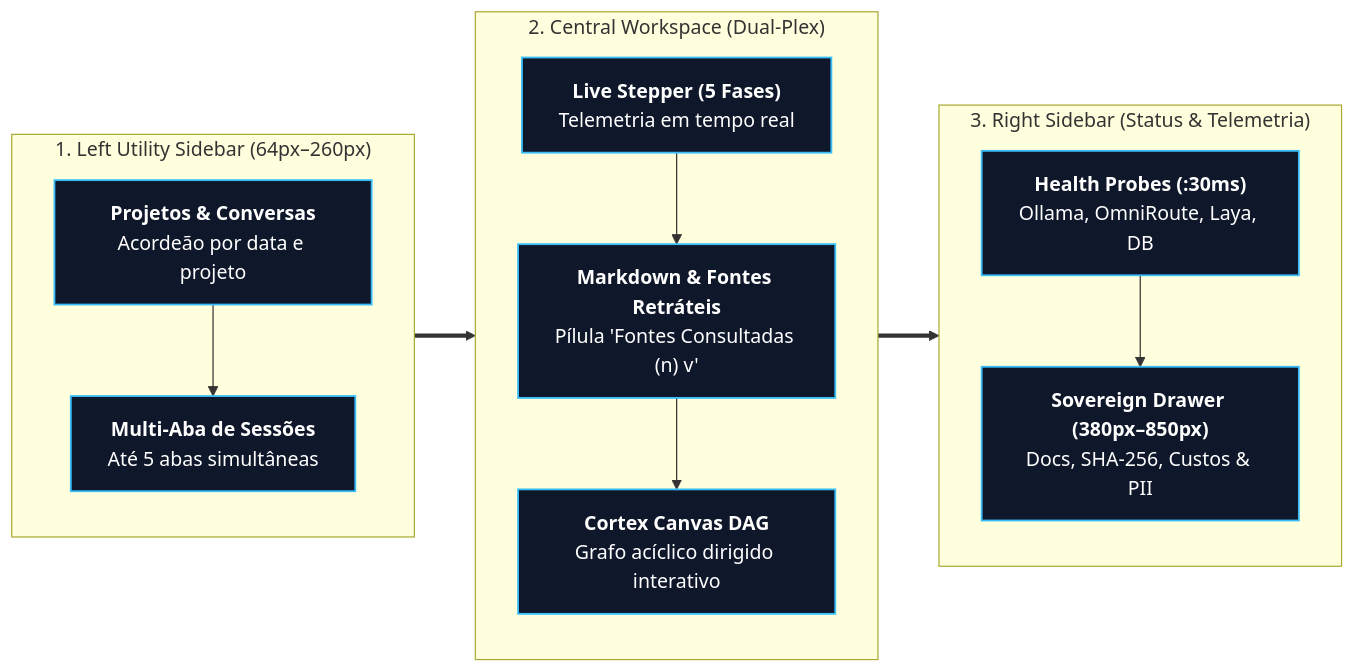
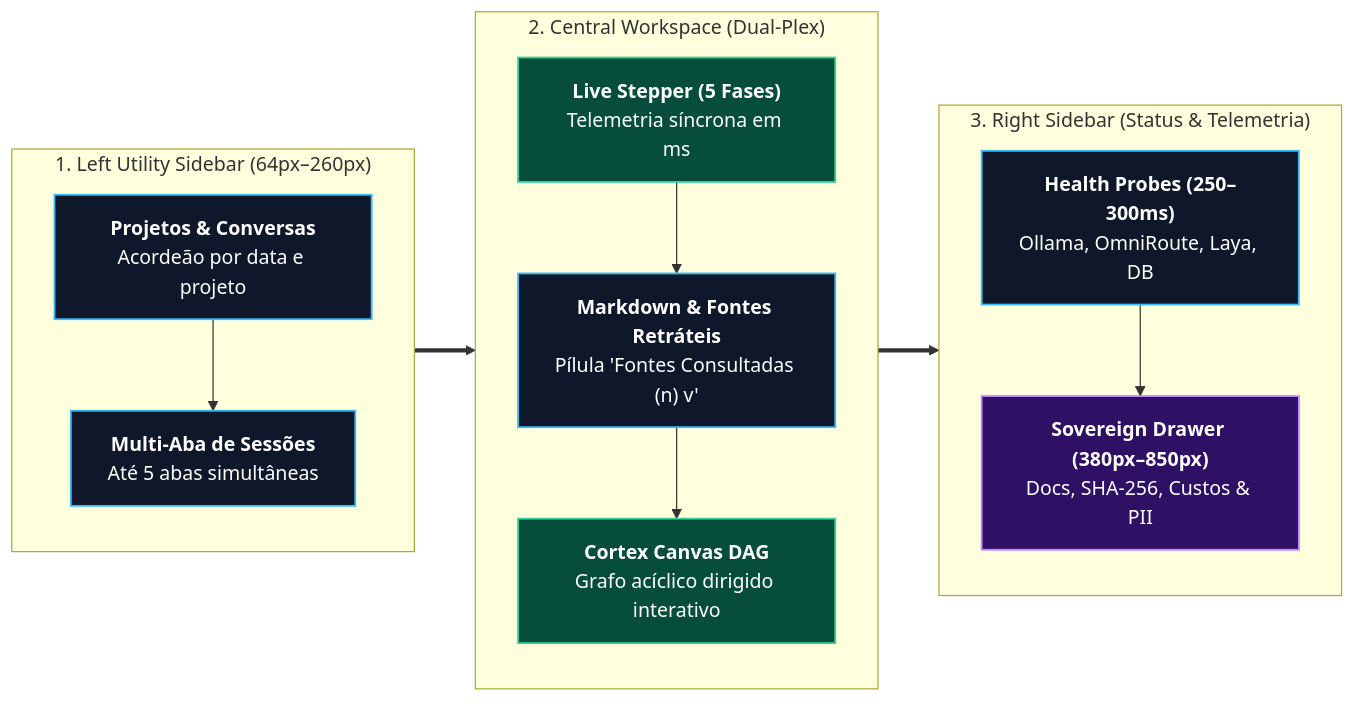
One commit to EnterDufter/PromptCoreLabs_AEOS changed the first of 2 diagrams in knowledge/warm/cockpit/PCL_COCKPIT_SPEC_V3.6.md. Above: the diagram before and after it, drawn with Mermaid. The commit also changed other lines of this file and 34 other files, not shown here.

First line of the commit message:
docs(aeos-v3.6): upgrade complete repository & Living Architecture portal with pure UTF-8, Dual-Track narrative & Cortex v7 diagrams

````diff
--- a/knowledge/warm/cockpit/PCL_COCKPIT_SPEC_V3.6.md
+++ b/knowledge/warm/cockpit/PCL_COCKPIT_SPEC_V3.6.md
@@ -22,29 +28,30 @@
 ```mermaid
 flowchart LR
     classDef col fill:#0f172a,stroke:#38bdf8,stroke-width:1.5px,color:#ffffff;
-    classDef sub fill:#0b0f19,stroke:#1e293b,stroke-width:1px,color:#94a3b8;
+    classDef sys fill:#064e3b,stroke:#34d399,stroke-width:1.5px,color:#ffffff;
+    classDef audit fill:#2e1065,stroke:#c084fc,stroke-width:1.5px,color:#ffffff;
 
     subgraph C1["1. Left Utility Sidebar (64px–260px)"]
         direction TB
         L1["<b>Projetos & Conversas</b><br/>Acordeão por data e projeto"]:::col
         L2["<b>Multi-Aba de Sessões</b><br/>Até 5 abas simultâneas"]:::col
         L1 --> L2
     end
 
     subgraph C2["2. Central Workspace (Dual-Plex)"]
         direction TB
-        M1["<b>Live Stepper (5 Fases)</b><br/>Telemetria em tempo real"]:::col
+        M1["<b>Live Stepper (5 Fases)</b><br/>Telemetria síncrona em ms"]:::sys
         M2["<b>Markdown & Fontes Retráteis</b><br/>Pílula 'Fontes Consultadas (n) v'"]:::col
-        M3["<b>Cortex Canvas DAG</b><br/>Grafo acíclico dirigido interativo"]:::col
+        M3["<b>Cortex Canvas DAG</b><br/>Grafo acíclico dirigido interativo"]:::sys
         M1 --> M2 --> M3
     end
 
     subgraph C3["3. Right Sidebar (Status & Telemetria)"]
         direction TB
-        R1["<b>Health Probes (:30ms)</b><br/>Ollama, OmniRoute, Laya, DB"]:::col
-        R2["<b>Sovereign Drawer (380px–850px)</b><br/>Docs, SHA-256, Custos & PII"]:::col
+        R1["<b>Health Probes (250–300ms)</b><br/>Ollama, OmniRoute, Laya, DB"]:::col
+        R2["<b>Sovereign Drawer (380px–850px)</b><br/>Docs, SHA-256, Custos & PII"]:::audit
         R1 --> R2
     end
 
     C1 ==> C2 ==> C3
 ```
````
